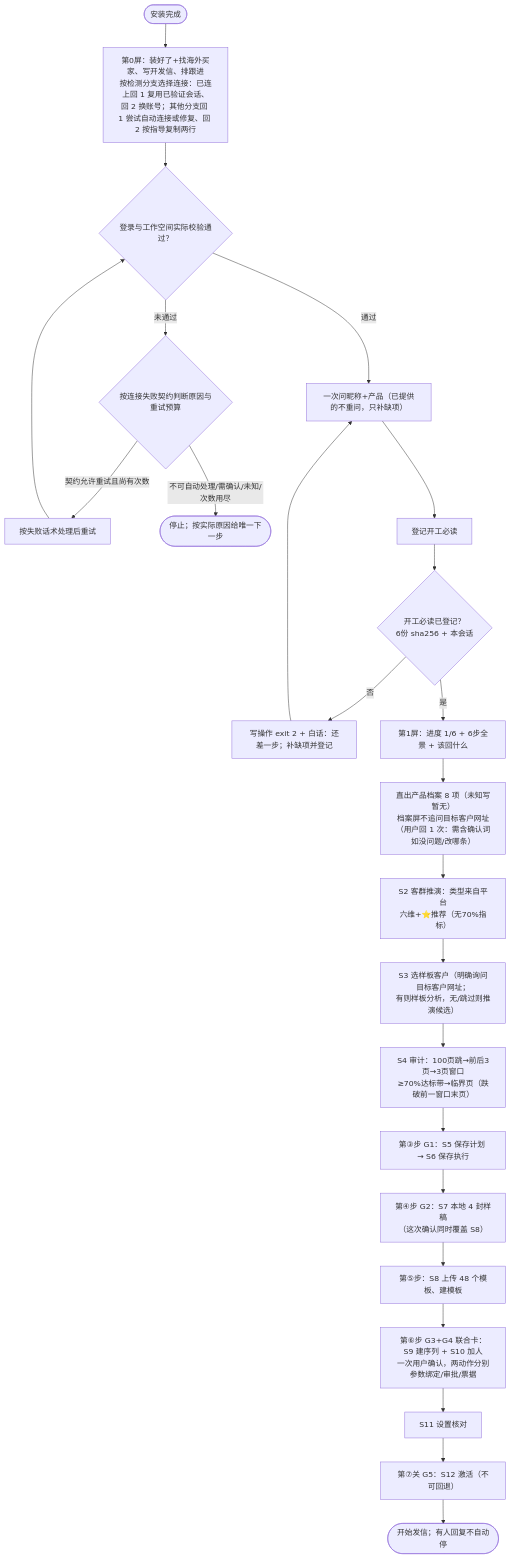
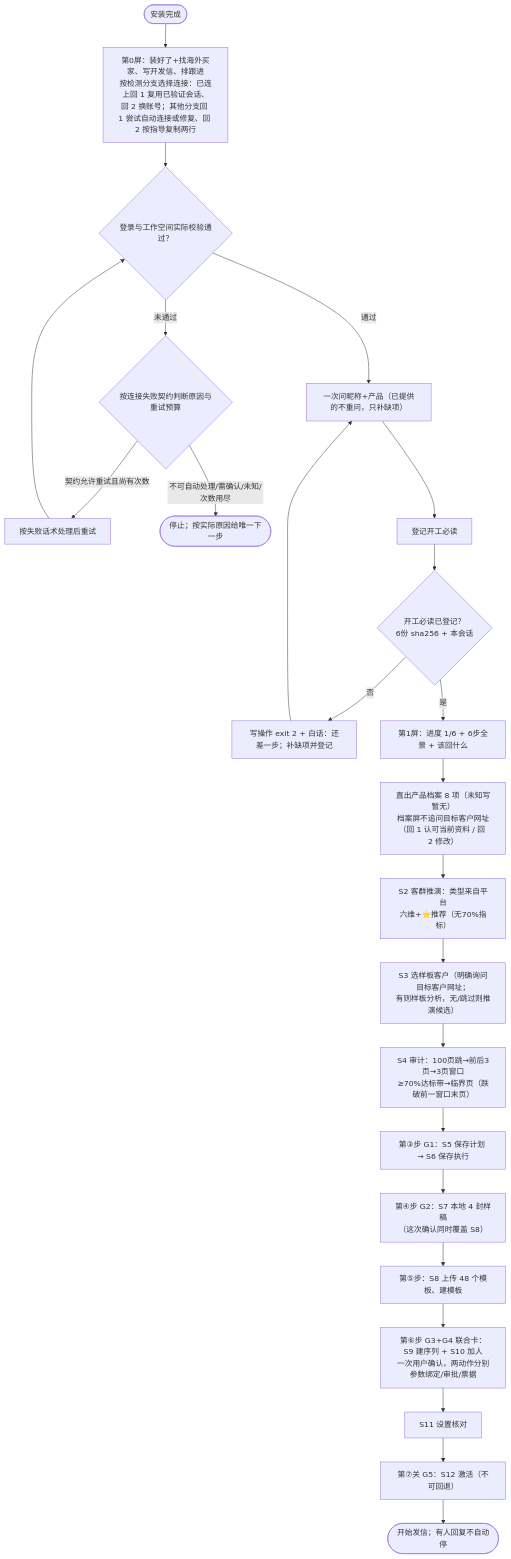
One commit to tony-apan/laifaxin-b2b-sales changed the diagram in AGENTS.md. Above: the diagram before and after it, drawn with Mermaid. The commit also changed 12 other files, not shown here.

````diff
--- a/AGENTS.md
+++ b/AGENTS.md
@@ -37,22 +37,22 @@
 ```mermaid
 flowchart TD
   A([安装完成]) --> B["第0屏：装好了+找海外买家、写开发信、排跟进<br/>按检测分支选择连接：已连上回 1 复用已验证会话、回 2 换账号；其他分支回 1 尝试自动连接或修复、回 2 按指导复制两行"]
   B --> V{"登录与工作空间实际校验通过？"}
   V -- "未通过" --> VF{"按连接失败契约判断原因与重试预算"}
   VF -- "契约允许重试且尚有次数" --> VR["按失败话术处理后重试"] --> V
   VF -- "不可自动处理/需确认/未知/次数用尽" --> VS(["停止；按实际原因给唯一下一步"])
   V -- "通过" --> Q["一次问昵称+产品（已提供的不重问，只补缺项）"] --> R["登记开工必读"] --> G{"开工必读已登记？<br/>6份 sha256 + 本会话"}
   G -- "否" --> GX["写操作 exit 2 + 白话：还差一步；补缺项并登记"] --> Q
   G -- "是" --> C["第1屏：进度 1/6 + 6步全景 + 该回什么"]
-  C --> P["直出产品档案 8 项（未知写暂无）<br/>档案屏不追问目标客户网址<br/>（用户回 1 次：需含确认词如没问题/改哪条）"]
+  C --> P["直出产品档案 8 项（未知写暂无）<br/>档案屏不追问目标客户网址<br/>（回 1 认可当前资料 / 回 2 修改）"]
   P --> S2["S2 客群推演：类型来自平台<br/>六维+⭐推荐（无70%指标）"]
   S2 --> S3["S3 选样板客户（明确询问目标客户网址；<br/>有则样板分析，无/跳过则推演候选）"]
   S3 --> S4["S4 审计：100页跳→前后3页→3页窗口<br/>≥70%达标带→临界页（跌破前一窗口末页）"]
   S4 --> S5["第③步 G1：S5 保存计划 → S6 保存执行"]
   S5 --> S7["第④步 G2：S7 本地 4 封样稿<br/>（这次确认同时覆盖 S8）"]
   S7 --> S8["第⑤步：S8 上传 48 个模板、建模板"]
   S8 --> B9["第⑥步 G3+G4 联合卡：S9 建序列 + S10 加人<br/>一次用户确认，两动作分别参数绑定/审批/票据"]
   B9 --> S11["S11 设置核对"]
   S11 --> S12["第⑦关 G5：S12 激活（不可回退）"]
   S12 --> END([开始发信；有人回复不自动停])
 ```
````
